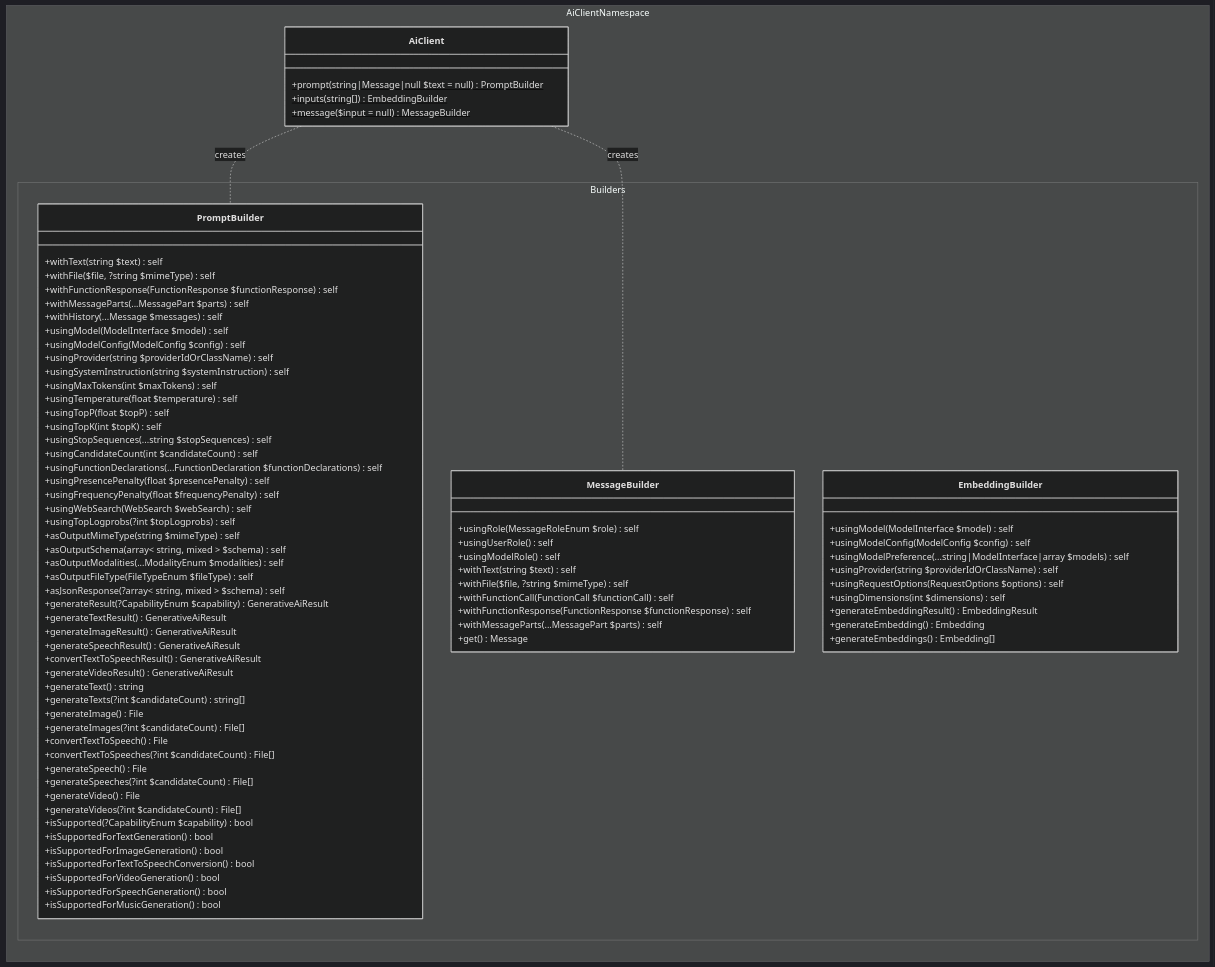
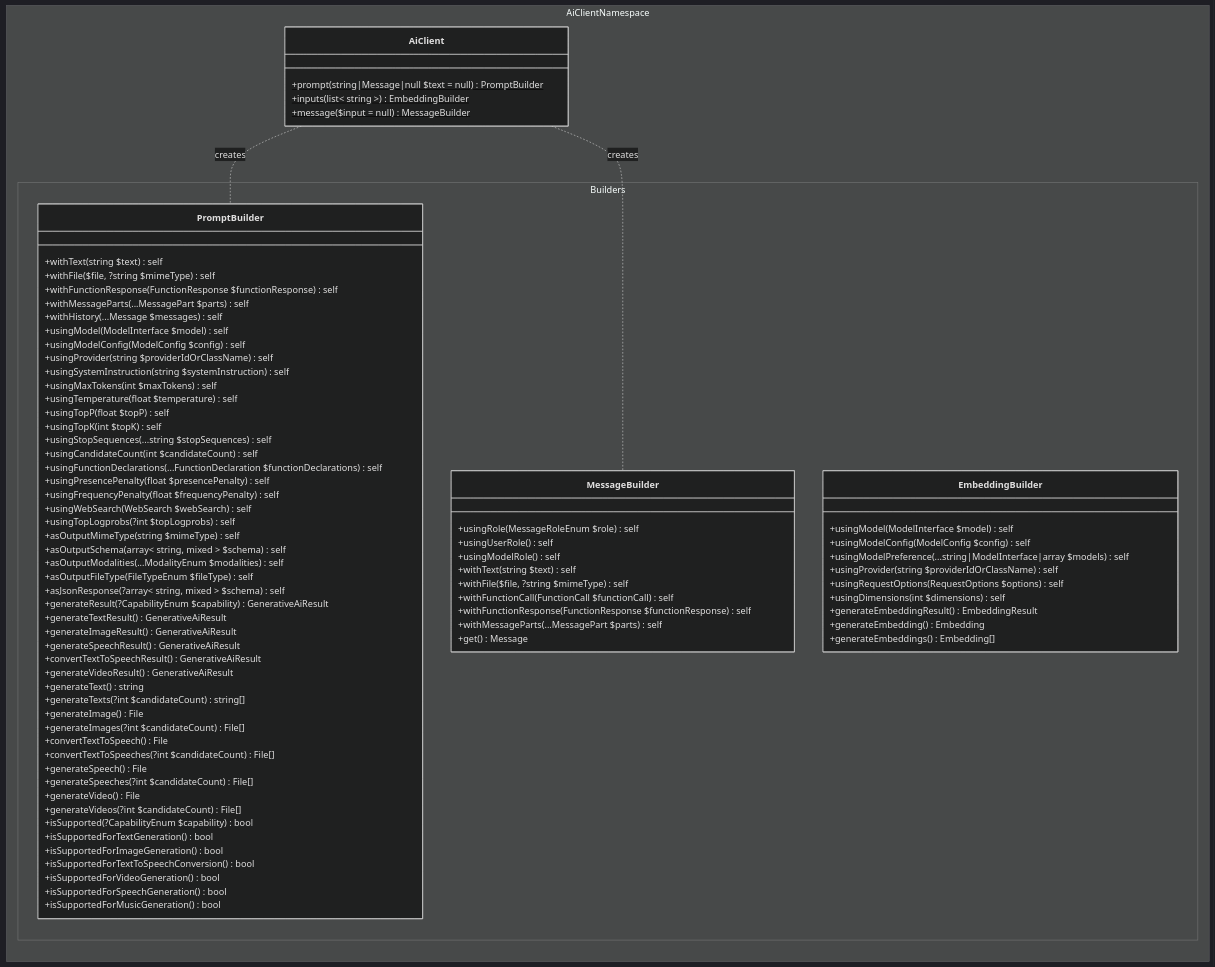
Before and after one commit to WordPress/php-ai-client: the first of 6 diagrams in docs/ARCHITECTURE.md, drawn with Mermaid (dark theme). The commit also changed other lines of this file and 5 other files, not shown here.

```diff
--- a/docs/ARCHITECTURE.md
+++ b/docs/ARCHITECTURE.md
@@ -314,7 +314,7 @@
     namespace AiClientNamespace {
         class AiClient {
             +prompt(string|Message|null $text = null) PromptBuilder$
-            +inputs(string[]) EmbeddingBuilder$
+            +inputs(list< string >) EmbeddingBuilder$
             +message($input = null) MessageBuilder$
         }
     }
```
